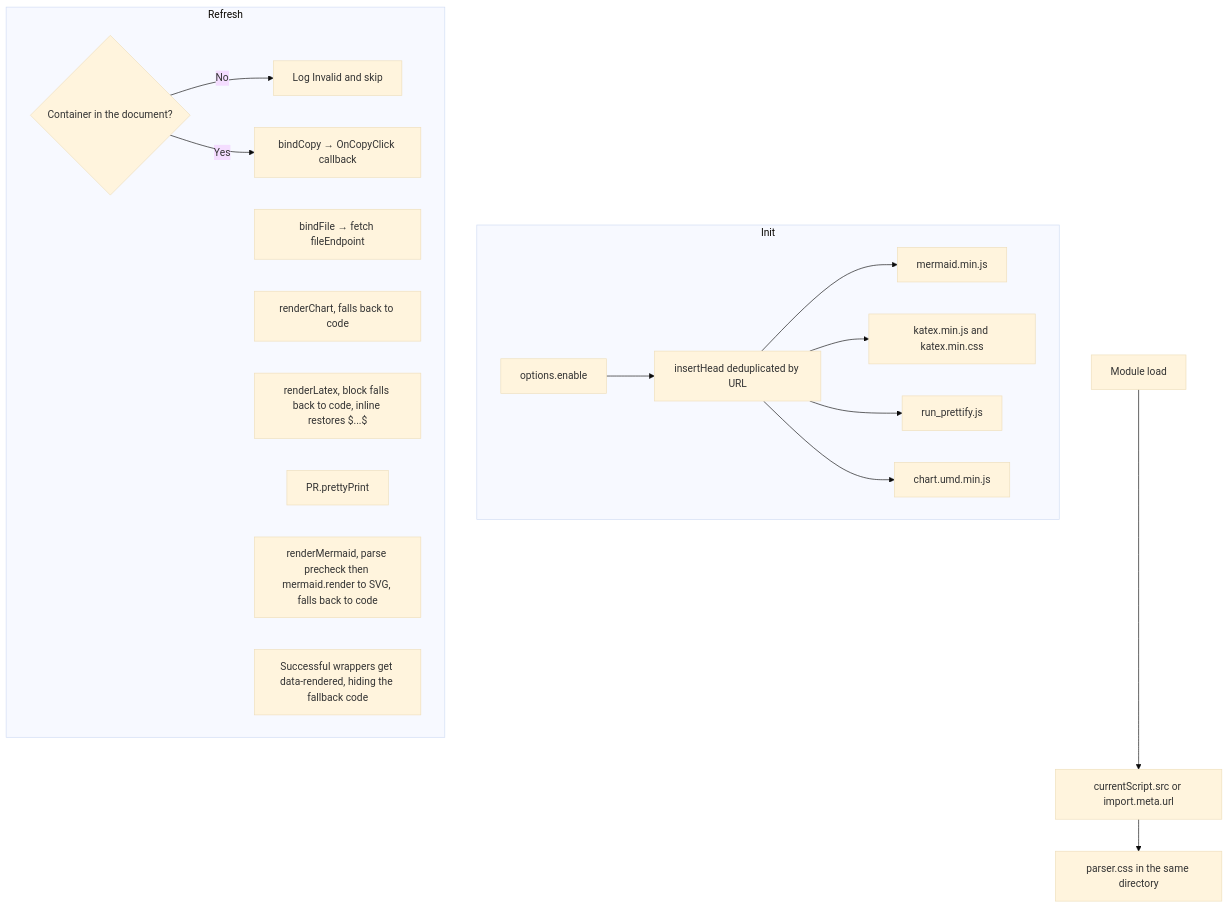
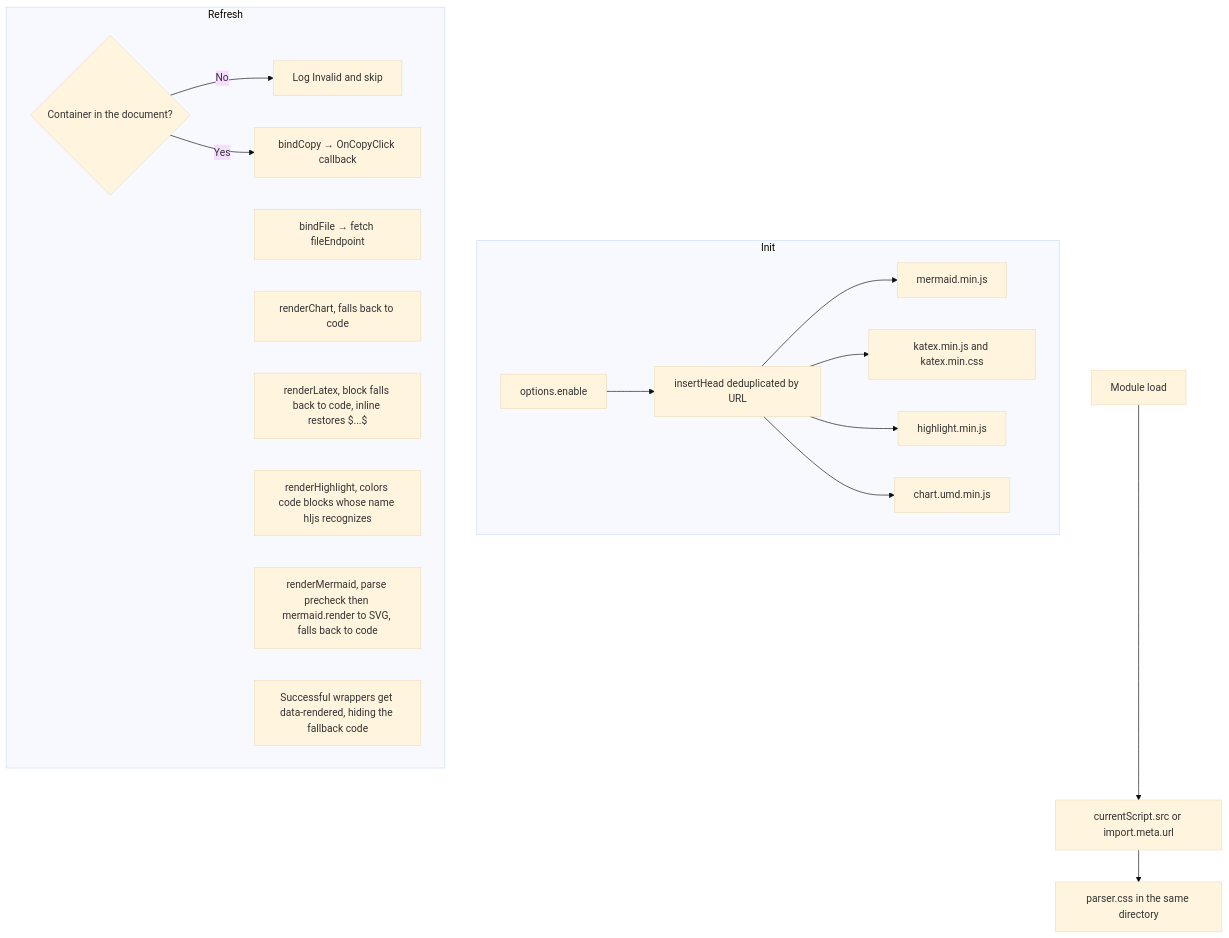
One commit to pardnchiu/NanoMD changed the sixth of 7 diagrams in doc/architecture.md. Above: the diagram before and after it, drawn with Mermaid (base theme). The commit also changed other lines of this file and 8 other files, not shown here.

````diff
--- a/doc/architecture.md
+++ b/doc/architecture.md
@@ -121,22 +121,22 @@
 ```mermaid
 graph TB
     subgraph Init
         Opt[options.enable] --> Insert[insertHead deduplicated by URL]
         Insert --> M[mermaid.min.js]
         Insert --> K[katex.min.js and katex.min.css]
-        Insert --> P[run_prettify.js]
+        Insert --> P[highlight.min.js]
         Insert --> C[chart.umd.min.js]
     end
     subgraph Refresh
         Guard{Container in the document?} -->|No| Skip[Log Invalid and skip]
         Guard -->|Yes| Copy[bindCopy → OnCopyClick callback]
         File[bindFile → fetch fileEndpoint]
         Chart[renderChart, falls back to code]
         Latex[renderLatex, block falls back to code, inline restores $...$]
-        PR[PR.prettyPrint]
+        Highlight[renderHighlight, colors code blocks whose name hljs recognizes]
         Mermaid[renderMermaid, parse precheck then mermaid.render to SVG, falls back to code]
         Done[Successful wrappers get data-rendered, hiding the fallback code]
     end
     Module[Module load] --> URL[currentScript.src or import.meta.url]
     URL --> CSS[parser.css in the same directory]
 ```
````
